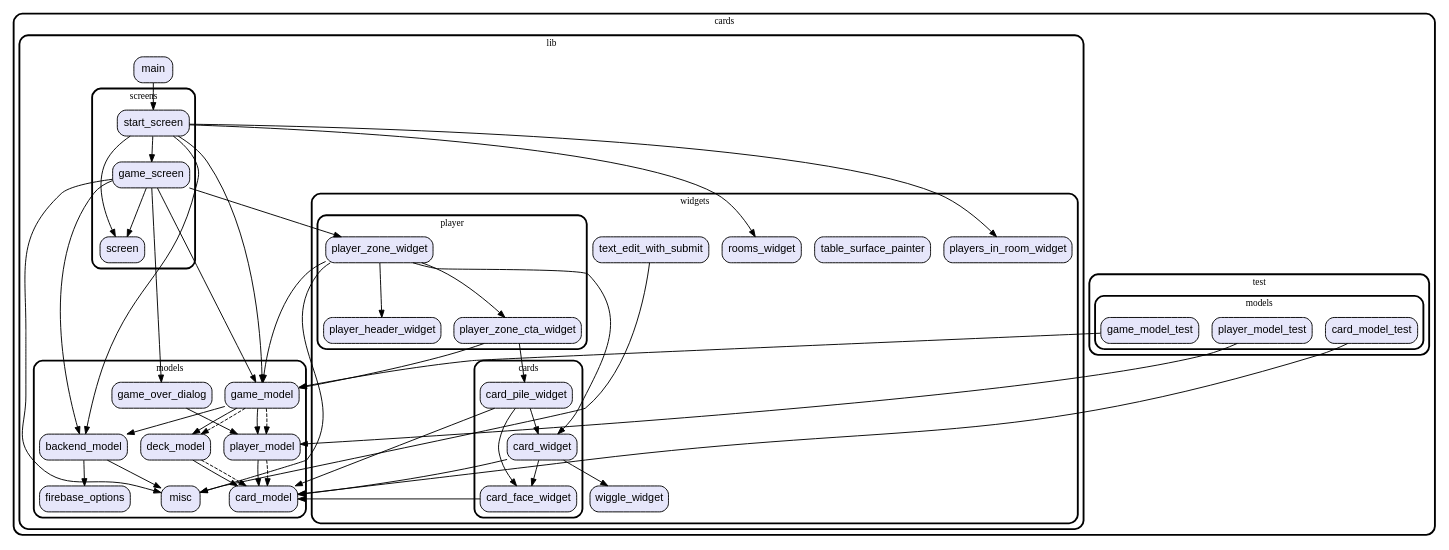
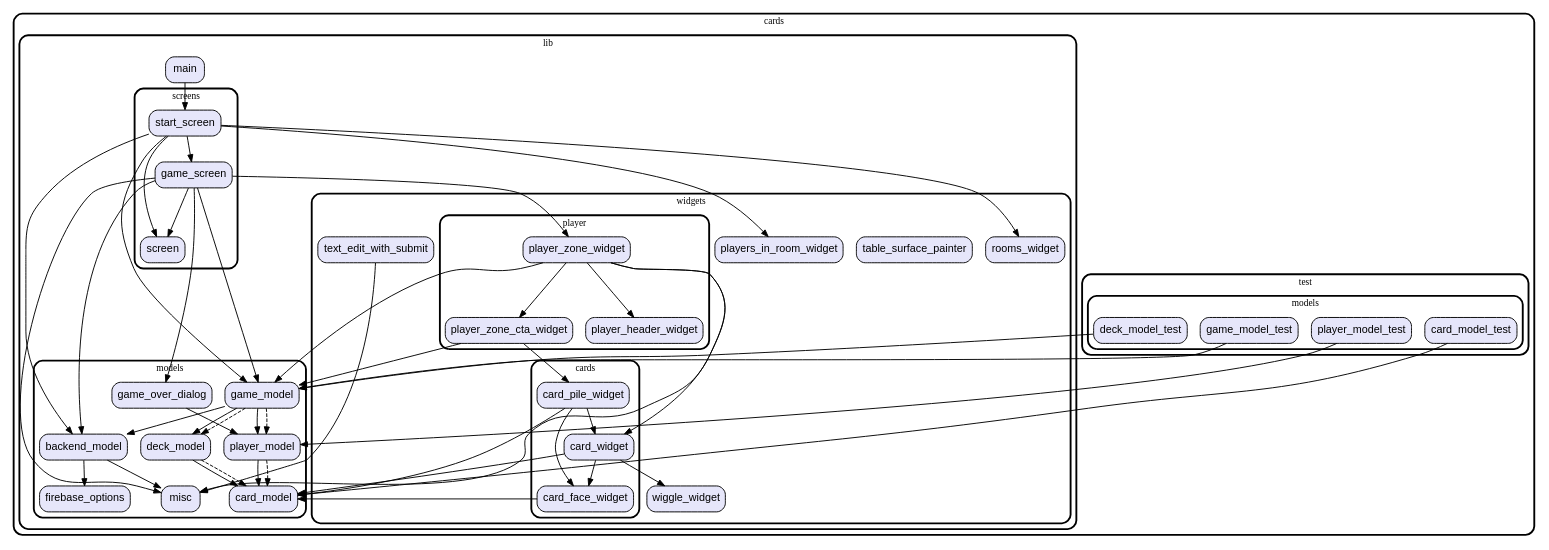
Before and after one commit to vteam-com/Cards: the diagram in graph.dot, drawn with Graphviz. The commit also changed 4 other files, not shown here.

```diff
--- a/graph.dot
+++ b/graph.dot
@@ -1,127 +1,130 @@
 digraph "" {
   graph [style=rounded fontname="Arial Black" fontsize=13 penwidth=2.6];
   node [shape=rect style="filled,rounded" fontname=Arial fontsize=15 fillcolor=Lavender penwidth=1.3];
   edge [penwidth=1.3];
   "/test/models/game_model_test.dart" [label="game_model_test"];
+  "/test/models/deck_model_test.dart" [label="deck_model_test"];
   "/test/models/player_model_test.dart" [label="player_model_test"];
   "/test/models/card_model_test.dart" [label="card_model_test"];
   "/lib/models/game_model.dart" [label="game_model"];
   "/lib/models/game_over_dialog.dart" [label="game_over_dialog"];
   "/lib/models/firebase_options.dart" [label="firebase_options"];
   "/lib/models/player_model.dart" [label="player_model"];
   "/lib/models/misc.dart" [label="misc"];
   "/lib/models/card_model.dart" [label="card_model"];
   "/lib/models/backend_model.dart" [label="backend_model"];
   "/lib/models/deck_model.dart" [label="deck_model"];
   "/lib/screens/game_screen.dart" [label="game_screen"];
   "/lib/screens/start_screen.dart" [label="start_screen"];
   "/lib/screens/screen.dart" [label="screen"];
   "/lib/main.dart" [label="main"];
   "/lib/widgets/table_surface_painter.dart" [label="table_surface_painter"];
   "/lib/widgets/cards/card_pile_widget.dart" [label="card_pile_widget"];
   "/lib/widgets/cards/card_widget.dart" [label="card_widget"];
   "/lib/widgets/cards/card_face_widget.dart" [label="card_face_widget"];
   "/lib/widgets/wiggle_widget.dart" [label="wiggle_widget"];
   "/lib/widgets/players_in_room_widget.dart" [label="players_in_room_widget"];
   "/lib/widgets/text_edit_with_submit.dart" [label="text_edit_with_submit"];
   "/lib/widgets/rooms_widget.dart" [label="rooms_widget"];
   "/lib/widgets/player/player_zone_cta_widget.dart" [label="player_zone_cta_widget"];
   "/lib/widgets/player/player_header_widget.dart" [label="player_header_widget"];
   "/lib/widgets/player/player_zone_widget.dart" [label="player_zone_widget"];
   subgraph "cluster~" {
     label="cards";
     subgraph "cluster~/test" {
       label="test";
       subgraph "cluster~/test/models" {
         label="models";
         "/test/models/game_model_test.dart";
+        "/test/models/deck_model_test.dart";
         "/test/models/player_model_test.dart";
         "/test/models/card_model_test.dart";
       }
     }
     subgraph "cluster~/lib" {
       label="lib";
       "/lib/main.dart";
       subgraph "cluster~/lib/models" {
         label="models";
         "/lib/models/game_model.dart";
         "/lib/models/game_over_dialog.dart";
         "/lib/models/firebase_options.dart";
         "/lib/models/player_model.dart";
         "/lib/models/misc.dart";
         "/lib/models/card_model.dart";
         "/lib/models/backend_model.dart";
         "/lib/models/deck_model.dart";
       }
       subgraph "cluster~/lib/screens" {
         label="screens";
         "/lib/screens/game_screen.dart";
         "/lib/screens/start_screen.dart";
         "/lib/screens/screen.dart";
       }
       subgraph "cluster~/lib/widgets" {
         label="widgets";
         "/lib/widgets/table_surface_painter.dart";
         "/lib/widgets/wiggle_widget.dart";
         "/lib/widgets/players_in_room_widget.dart";
         "/lib/widgets/text_edit_with_submit.dart";
         "/lib/widgets/rooms_widget.dart";
         subgraph "cluster~/lib/widgets/cards" {
           label="cards";
           "/lib/widgets/cards/card_pile_widget.dart";
           "/lib/widgets/cards/card_widget.dart";
           "/lib/widgets/cards/card_face_widget.dart";
         }
         subgraph "cluster~/lib/widgets/player" {
           label="player";
           "/lib/widgets/player/player_zone_cta_widget.dart";
           "/lib/widgets/player/player_header_widget.dart";
           "/lib/widgets/player/player_zone_widget.dart";
         }
       }
     }
   }
   "/test/models/game_model_test.dart" -> "/lib/models/game_model.dart";
+  "/test/models/deck_model_test.dart" -> "/lib/models/game_model.dart";
   "/test/models/player_model_test.dart" -> "/lib/models/player_model.dart";
   "/test/models/card_model_test.dart" -> "/lib/models/card_model.dart";
   "/lib/models/game_model.dart" -> "/lib/models/backend_model.dart";
   "/lib/models/game_model.dart" -> "/lib/models/deck_model.dart";
   "/lib/models/game_model.dart" -> "/lib/models/player_model.dart";
   "/lib/models/game_model.dart" -> "/lib/models/deck_model.dart" [style=dashed];
   "/lib/models/game_model.dart" -> "/lib/models/player_model.dart" [style=dashed];
   "/lib/models/game_over_dialog.dart" -> "/lib/models/player_model.dart";
   "/lib/models/player_model.dart" -> "/lib/models/card_model.dart";
   "/lib/models/player_model.dart" -> "/lib/models/card_model.dart" [style=dashed];
   "/lib/models/backend_model.dart" -> "/lib/models/firebase_options.dart";
   "/lib/models/backend_model.dart" -> "/lib/models/misc.dart";
   "/lib/models/deck_model.dart" -> "/lib/models/card_model.dart";
   "/lib/models/deck_model.dart" -> "/lib/models/card_model.dart" [style=dashed];
   "/lib/screens/game_screen.dart" -> "/lib/models/backend_model.dart";
   "/lib/screens/game_screen.dart" -> "/lib/models/game_model.dart";
   "/lib/screens/game_screen.dart" -> "/lib/models/game_over_dialog.dart";
   "/lib/screens/game_screen.dart" -> "/lib/models/misc.dart";
   "/lib/screens/game_screen.dart" -> "/lib/screens/screen.dart";
   "/lib/screens/game_screen.dart" -> "/lib/widgets/player/player_zone_widget.dart";
   "/lib/screens/start_screen.dart" -> "/lib/models/backend_model.dart";
   "/lib/screens/start_screen.dart" -> "/lib/models/game_model.dart";
   "/lib/screens/start_screen.dart" -> "/lib/screens/game_screen.dart";
   "/lib/screens/start_screen.dart" -> "/lib/screens/screen.dart";
   "/lib/screens/start_screen.dart" -> "/lib/widgets/players_in_room_widget.dart";
   "/lib/screens/start_screen.dart" -> "/lib/widgets/rooms_widget.dart";
   "/lib/main.dart" -> "/lib/screens/start_screen.dart";
   "/lib/widgets/cards/card_pile_widget.dart" -> "/lib/models/card_model.dart";
   "/lib/widgets/cards/card_pile_widget.dart" -> "/lib/widgets/cards/card_face_widget.dart";
   "/lib/widgets/cards/card_pile_widget.dart" -> "/lib/widgets/cards/card_widget.dart";
   "/lib/widgets/cards/card_widget.dart" -> "/lib/models/card_model.dart";
   "/lib/widgets/cards/card_widget.dart" -> "/lib/widgets/cards/card_face_widget.dart";
   "/lib/widgets/cards/card_widget.dart" -> "/lib/widgets/wiggle_widget.dart";
   "/lib/widgets/cards/card_face_widget.dart" -> "/lib/models/card_model.dart";
   "/lib/widgets/text_edit_with_submit.dart" -> "/lib/models/misc.dart";
   "/lib/widgets/player/player_zone_cta_widget.dart" -> "/lib/models/game_model.dart";
   "/lib/widgets/player/player_zone_cta_widget.dart" -> "/lib/widgets/cards/card_pile_widget.dart";
   "/lib/widgets/player/player_zone_widget.dart" -> "/lib/models/game_model.dart";
   "/lib/widgets/player/player_zone_widget.dart" -> "/lib/models/misc.dart";
   "/lib/widgets/player/player_zone_widget.dart" -> "/lib/widgets/cards/card_widget.dart";
   "/lib/widgets/player/player_zone_widget.dart" -> "/lib/widgets/player/player_header_widget.dart";
   "/lib/widgets/player/player_zone_widget.dart" -> "/lib/widgets/player/player_zone_cta_widget.dart";
 }
```
